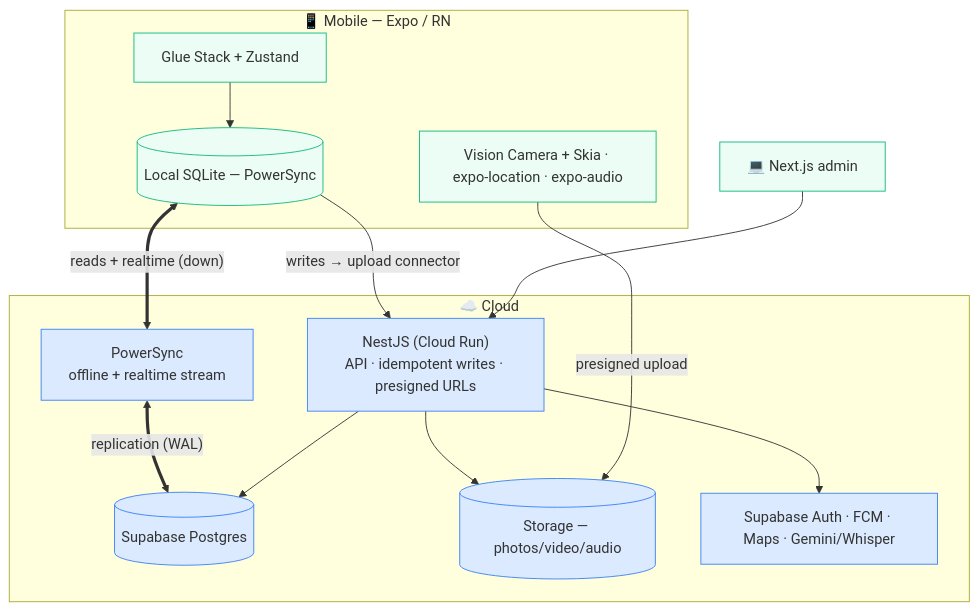
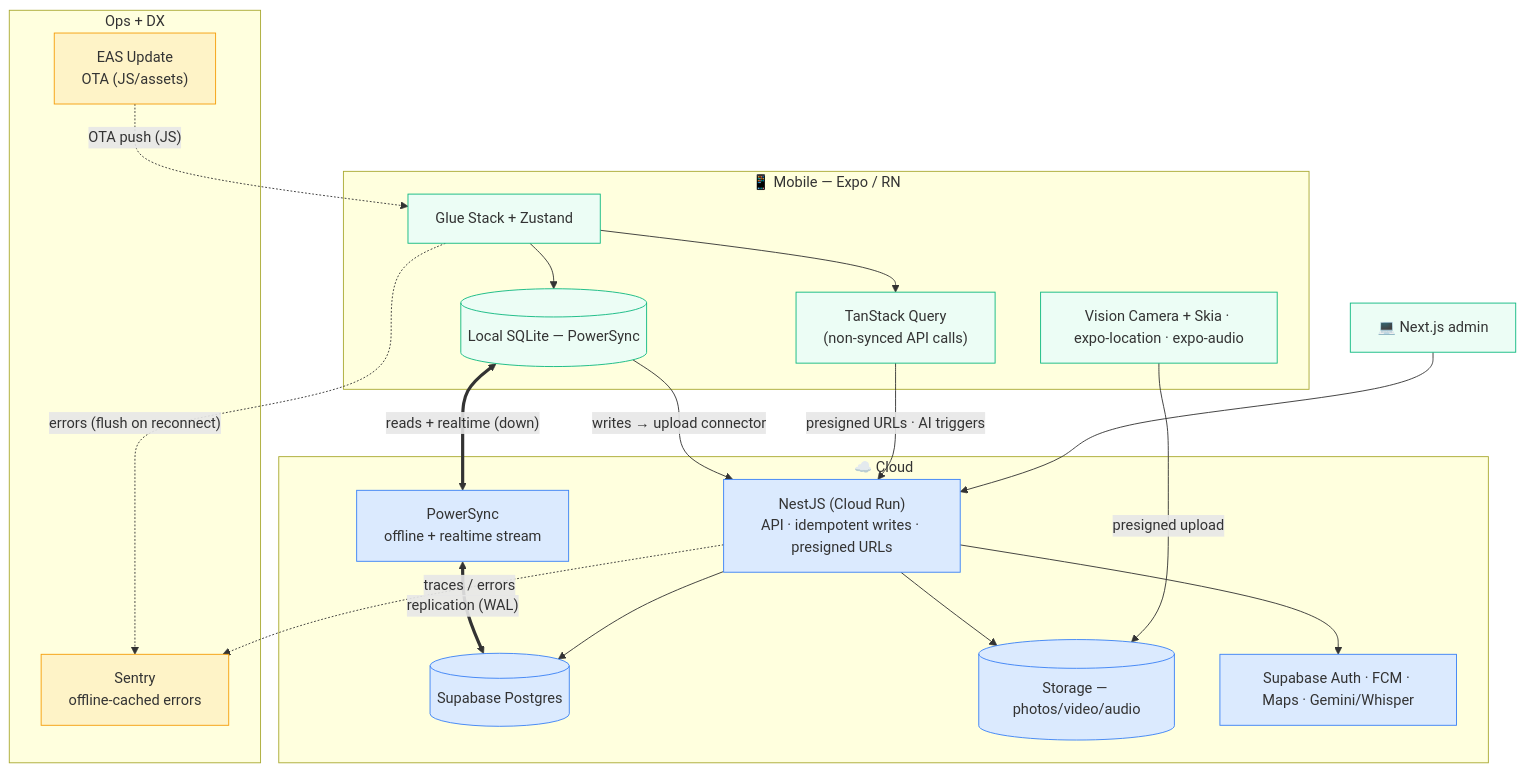
One commit to sakshya73/mobyPOC changed the diagram in RECOMMENDED_STACK.md. Above: the diagram before and after it, drawn with Mermaid. The commit also changed other lines of this file, not shown here.

Commit message:
docs(stack): add TanStack Query + Sentry/EAS ops sidecar to the architecture diagram

````diff
--- a/RECOMMENDED_STACK.md
+++ b/RECOMMENDED_STACK.md
@@ -90,31 +90,44 @@
 ```mermaid
 graph TB
   subgraph Mobile["📱 Mobile — Expo / RN"]
     UI["Glue Stack + Zustand"]
     SQL[("Local SQLite — PowerSync")]
     Cap["Vision Camera + Skia · expo-location · expo-audio"]
+    TQ["TanStack Query<br/>(non-synced API calls)"]
     UI --> SQL
+    UI --> TQ
   end
   subgraph Cloud["☁️ Cloud"]
     PS["PowerSync<br/>offline + realtime stream"]
     Nest["NestJS (Cloud Run)<br/>API · idempotent writes · presigned URLs"]
     PG[("Supabase Postgres")]
     Store[("Storage — photos/video/audio")]
     Ext["Supabase Auth · FCM · Maps · Gemini/Whisper"]
+  end
+  subgraph Ops["Ops + DX"]
+    Sentry["Sentry<br/>offline-cached errors"]
+    EAS["EAS Update<br/>OTA (JS/assets)"]
   end
   Web["💻 Next.js admin"]
 
   SQL <==>|"reads + realtime (down)"| PS
   SQL -->|"writes → upload connector"| Nest
   PS <==>|"replication (WAL)"| PG
   Nest --> PG
   Nest --> Store
   Nest --> Ext
   Cap -->|"presigned upload"| Store
+  TQ -->|"presigned URLs · AI triggers"| Nest
   Web --> Nest
+
+  UI -.->|"errors (flush on reconnect)"| Sentry
+  Nest -.->|"traces / errors"| Sentry
+  EAS -.->|"OTA push (JS)"| UI
 
   classDef cloud fill:#dbeafe,stroke:#3b82f6;
   classDef dev fill:#ecfdf5,stroke:#10b981;
+  classDef ops fill:#fef3c7,stroke:#f59e0b;
   class PS,Nest,PG,Store,Ext cloud;
-  class UI,SQL,Cap,Web dev;
+  class UI,TQ,SQL,Cap,Web dev;
+  class Sentry,EAS ops;
 ```
````
